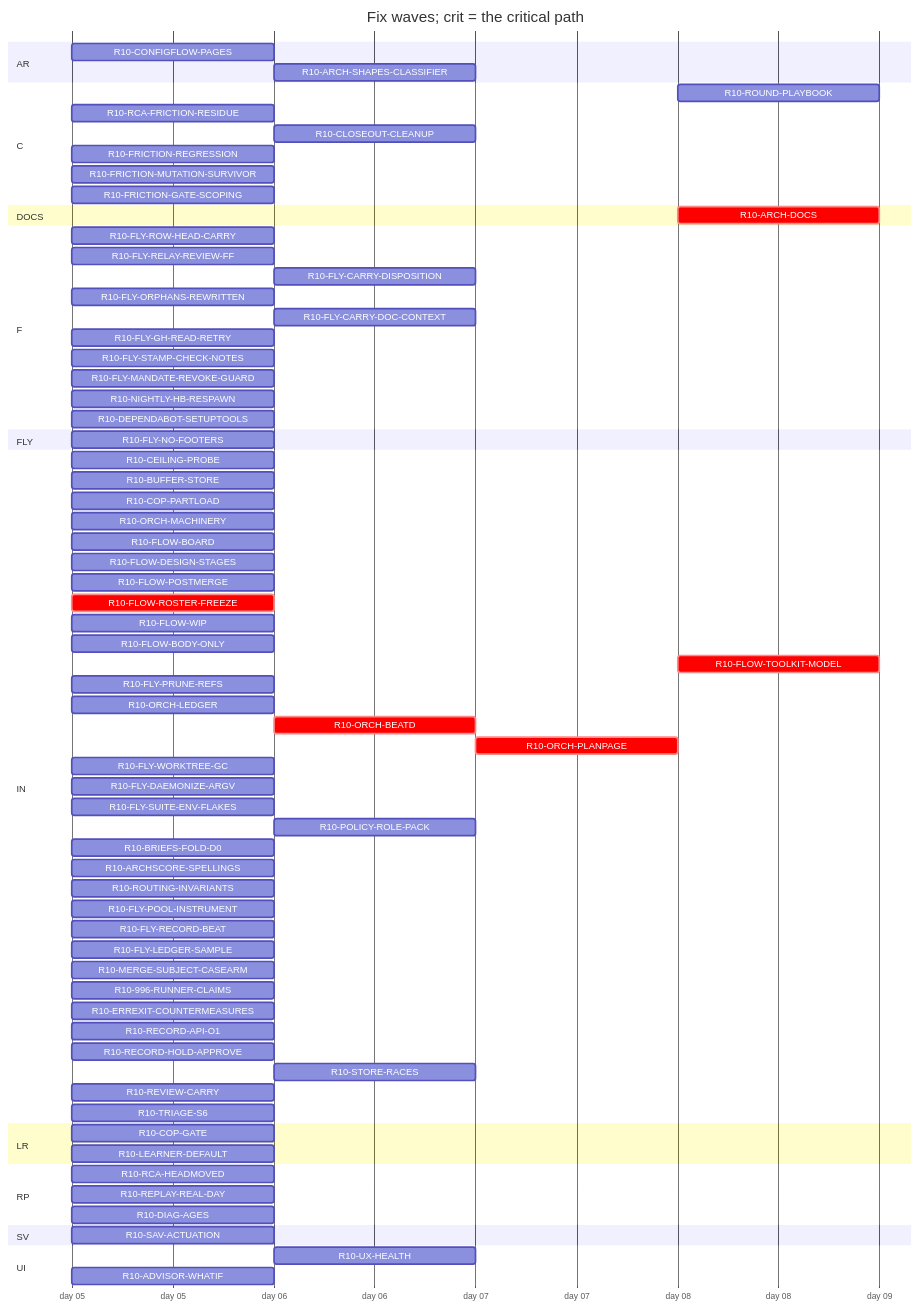
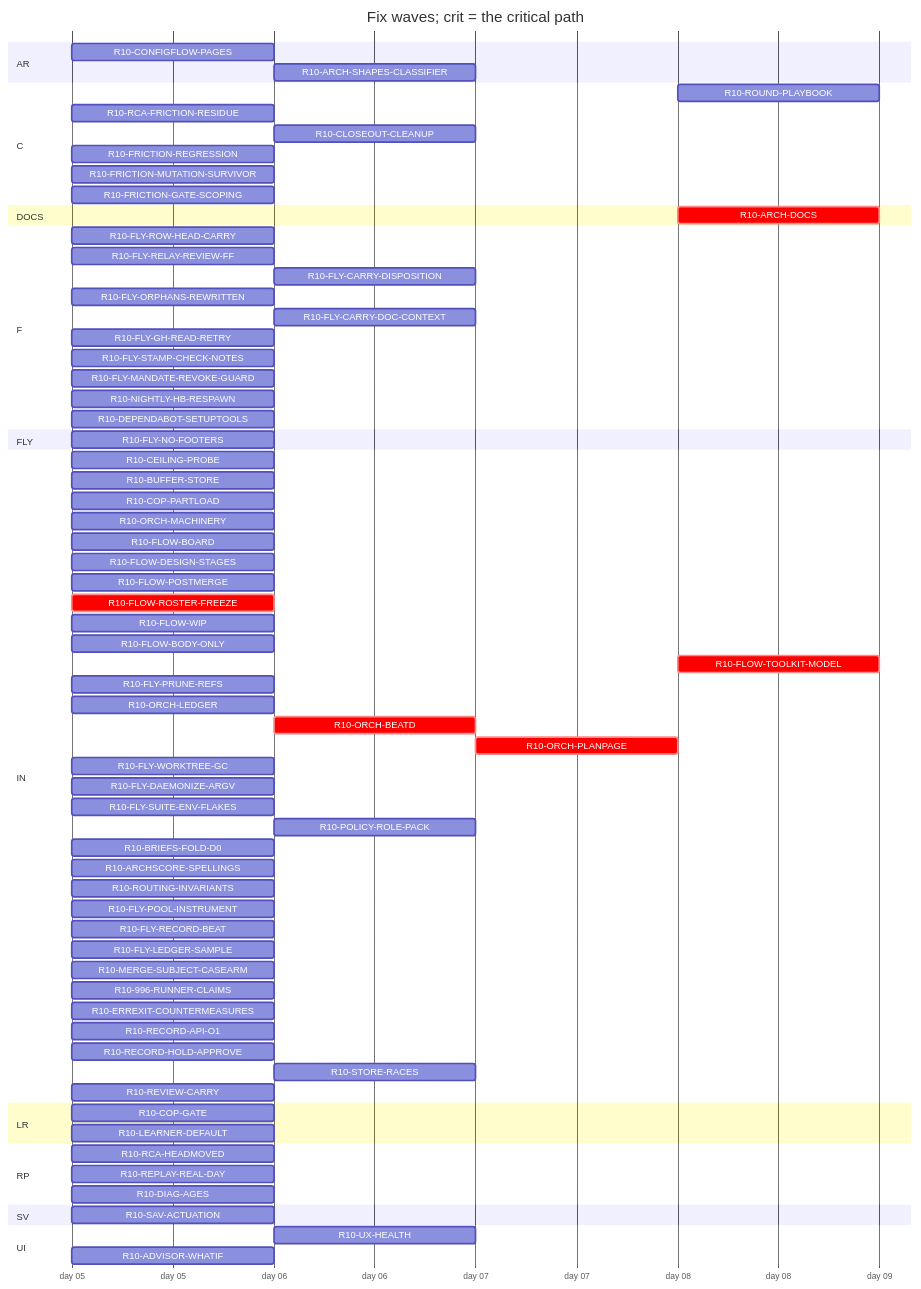
One commit to tvofi/heatpump_optimizer changed the diagram in handoff/round10/state/PLAN-TABLE.md. Above: the diagram before and after it, drawn with Mermaid. The commit also changed other lines of this file and 2 other files, not shown here.

````diff
--- a/handoff/round10/state/PLAN-TABLE.md
+++ b/handoff/round10/state/PLAN-TABLE.md
@@ -23,77 +23,76 @@
 ```mermaid
 gantt
   title Fix waves; crit = the critical path
   dateFormat YYYY-MM-DD
   axisFormat day %d
   section AR
     R10-CONFIGFLOW-PAGES :r10CONFIGFLOWPAGES, 2026-01-05, 1d
     R10-ARCH-SHAPES-CLASSIFIER :r10ARCHSHAPESCLASSIFIER, after r10996RUNNERCLAIMS, 1d
   section C
     R10-ROUND-PLAYBOOK :r10ROUNDPLAYBOOK, after r10ORCHLEDGER r10ORCHBEATD r10ORCHPLANPAGE r10FLYRELAYREVIEWFF r10FLOWROSTERFREEZE r10FLOWBODYONLY, 1d
     R10-RCA-FRICTION-RESIDUE :r10RCAFRICTIONRESIDUE, 2026-01-05, 1d
     R10-CLOSEOUT-CLEANUP :r10CLOSEOUTCLEANUP, after r10FLYPRUNEREFS r10FLYWORKTREEGC, 1d
     R10-FRICTION-REGRESSION :r10FRICTIONREGRESSION, 2026-01-05, 1d
     R10-FRICTION-MUTATION-SURVIVOR :r10FRICTIONMUTATIONSURVIVOR, 2026-01-05, 1d
     R10-FRICTION-GATE-SCOPING :r10FRICTIONGATESCOPING, 2026-01-05, 1d
   section DOCS
     R10-ARCH-DOCS :crit, r10ARCHDOCS, after r10COPGATE r10UXHEALTH r10CONFIGFLOWPAGES r10RCAHEADMOVED r10CEILINGPROBE r10BUFFERSTORE r10COPPARTLOAD r10LEARNERDEFAULT r10FLOWBOARD r10FLOWDESIGNSTAGES r10FLOWPOSTMERGE r10FLOWROSTERFREEZE r10FLOWWIP r10FLOWBODYONLY r10FLYROWHEADCARRY r10FLYRELAYREVIEWFF r10FLYCARRYDISPOSITION r10FLYORPHANSREWRITTEN r10FLYCARRYDOCCONTEXT r10FLOWTOOLKITMODEL r10FLYSTAMPCHECKNOTES r10FLYMANDATEREVOKEGUARD r10RCAFRICTIONRESIDUE r10NIGHTLYHBRESPAWN r10FLYPRUNEREFS r10ORCHLEDGER r10ORCHBEATD r10ORCHPLANPAGE r10FLYWORKTREEGC r10FLYDAEMONIZEARGV r10POLICYROLEPACK r10BRIEFSFOLDD0 r10REPLAYREALDAY r10ARCHSCORESPELLINGS r10SAVACTUATION r10FLYLEDGERSAMPLE, 1d
   section F
     R10-FLY-ROW-HEAD-CARRY :r10FLYROWHEADCARRY, 2026-01-05, 1d
     R10-FLY-RELAY-REVIEW-FF :r10FLYRELAYREVIEWFF, 2026-01-05, 1d
     R10-FLY-CARRY-DISPOSITION :r10FLYCARRYDISPOSITION, after r10FLYORPHANSREWRITTEN, 1d
     R10-FLY-ORPHANS-REWRITTEN :r10FLYORPHANSREWRITTEN, 2026-01-05, 1d
     R10-FLY-CARRY-DOC-CONTEXT :r10FLYCARRYDOCCONTEXT, after r10FLYGHREADRETRY, 1d
     R10-FLY-GH-READ-RETRY :r10FLYGHREADRETRY, 2026-01-05, 1d
     R10-FLY-STAMP-CHECK-NOTES :r10FLYSTAMPCHECKNOTES, 2026-01-05, 1d
     R10-FLY-MANDATE-REVOKE-GUARD :r10FLYMANDATEREVOKEGUARD, 2026-01-05, 1d
     R10-NIGHTLY-HB-RESPAWN :r10NIGHTLYHBRESPAWN, 2026-01-05, 1d
     R10-DEPENDABOT-SETUPTOOLS :r10DEPENDABOTSETUPTOOLS, 2026-01-05, 1d
   section FLY
     R10-FLY-NO-FOOTERS :r10FLYNOFOOTERS, 2026-01-05, 1d
   section IN
     R10-CEILING-PROBE :r10CEILINGPROBE, 2026-01-05, 1d
     R10-BUFFER-STORE :r10BUFFERSTORE, 2026-01-05, 1d
     R10-COP-PARTLOAD :r10COPPARTLOAD, 2026-01-05, 1d
     R10-ORCH-MACHINERY :r10ORCHMACHINERY, 2026-01-05, 1d
     R10-FLOW-BOARD :r10FLOWBOARD, 2026-01-05, 1d
     R10-FLOW-DESIGN-STAGES :r10FLOWDESIGNSTAGES, 2026-01-05, 1d
     R10-FLOW-POSTMERGE :r10FLOWPOSTMERGE, 2026-01-05, 1d
     R10-FLOW-ROSTER-FREEZE :crit, r10FLOWROSTERFREEZE, 2026-01-05, 1d
     R10-FLOW-WIP :r10FLOWWIP, 2026-01-05, 1d
     R10-FLOW-BODY-ONLY :r10FLOWBODYONLY, 2026-01-05, 1d
     R10-FLOW-TOOLKIT-MODEL :crit, r10FLOWTOOLKITMODEL, after r10ORCHPLANPAGE, 1d
     R10-FLY-PRUNE-REFS :r10FLYPRUNEREFS, 2026-01-05, 1d
     R10-ORCH-LEDGER :r10ORCHLEDGER, 2026-01-05, 1d
     R10-ORCH-BEATD :crit, r10ORCHBEATD, after r10FLOWROSTERFREEZE, 1d
     R10-ORCH-PLANPAGE :crit, r10ORCHPLANPAGE, after r10ORCHBEATD, 1d
     R10-FLY-WORKTREE-GC :r10FLYWORKTREEGC, 2026-01-05, 1d
     R10-FLY-DAEMONIZE-ARGV :r10FLYDAEMONIZEARGV, 2026-01-05, 1d
     R10-FLY-SUITE-ENV-FLAKES :r10FLYSUITEENVFLAKES, 2026-01-05, 1d
     R10-POLICY-ROLE-PACK :r10POLICYROLEPACK, after r10FLOWDESIGNSTAGES, 1d
     R10-BRIEFS-FOLD-D0 :r10BRIEFSFOLDD0, 2026-01-05, 1d
     R10-ARCHSCORE-SPELLINGS :r10ARCHSCORESPELLINGS, 2026-01-05, 1d
     R10-ROUTING-INVARIANTS :r10ROUTINGINVARIANTS, 2026-01-05, 1d
     R10-FLY-POOL-INSTRUMENT :r10FLYPOOLINSTRUMENT, 2026-01-05, 1d
     R10-FLY-RECORD-BEAT :r10FLYRECORDBEAT, 2026-01-05, 1d
     R10-FLY-LEDGER-SAMPLE :r10FLYLEDGERSAMPLE, 2026-01-05, 1d
     R10-MERGE-SUBJECT-CASEARM :r10MERGESUBJECTCASEARM, 2026-01-05, 1d
     R10-996-RUNNER-CLAIMS :r10996RUNNERCLAIMS, 2026-01-05, 1d
     R10-ERREXIT-COUNTERMEASURES :r10ERREXITCOUNTERMEASURES, 2026-01-05, 1d
     R10-RECORD-API-O1 :r10RECORDAPIO1, 2026-01-05, 1d
     R10-RECORD-HOLD-APPROVE :r10RECORDHOLDAPPROVE, 2026-01-05, 1d
     R10-STORE-RACES :r10STORERACES, after r10BUFFERSTORE, 1d
     R10-REVIEW-CARRY :r10REVIEWCARRY, 2026-01-05, 1d
-    R10-TRIAGE-S6 :r10TRIAGES6, 2026-01-05, 1d
   section LR
     R10-COP-GATE :r10COPGATE, 2026-01-05, 1d
     R10-LEARNER-DEFAULT :r10LEARNERDEFAULT, 2026-01-05, 1d
   section RP
     R10-RCA-HEADMOVED :r10RCAHEADMOVED, 2026-01-05, 1d
     R10-REPLAY-REAL-DAY :r10REPLAYREALDAY, 2026-01-05, 1d
     R10-DIAG-AGES :r10DIAGAGES, 2026-01-05, 1d
   section SV
     R10-SAV-ACTUATION :r10SAVACTUATION, 2026-01-05, 1d
   section UI
     R10-UX-HEALTH :r10UXHEALTH, after r10COPGATE, 1d
     R10-ADVISOR-WHATIF :r10ADVISORWHATIF, 2026-01-05, 1d
 ```
````
